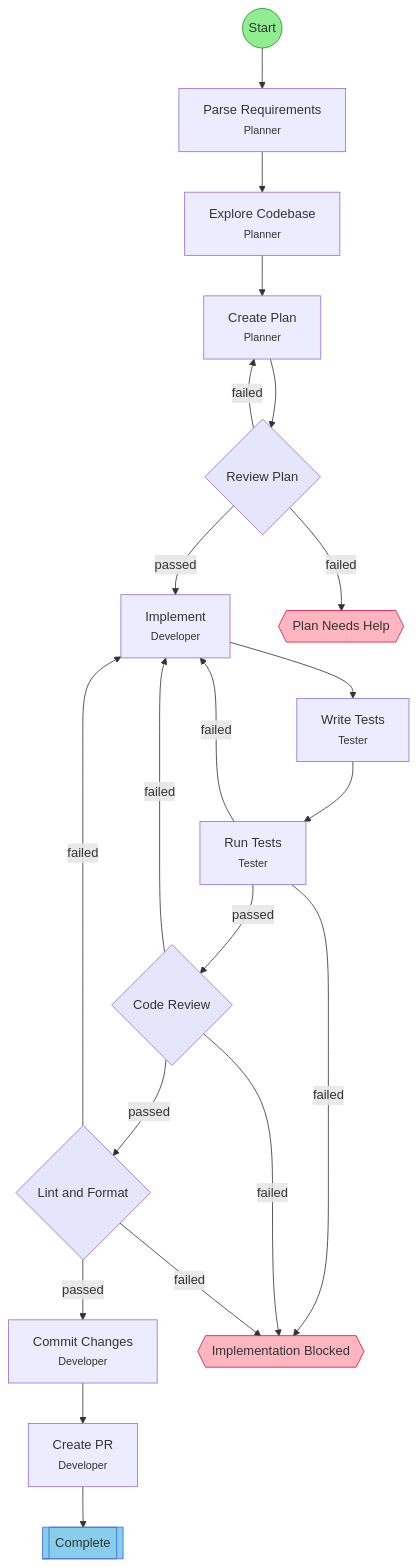
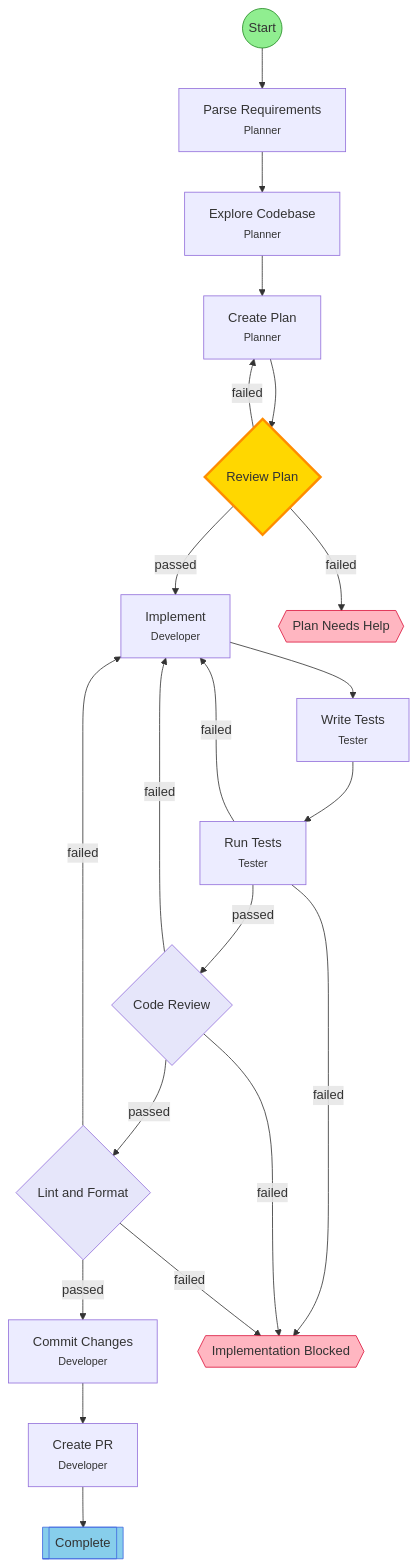
Before and after one commit to leclabs/agent-toolkit: the diagram in .flow/diagrams/feature-development.md, drawn with Mermaid. The commit also changed other lines of this file and 12 other files, not shown here.

````diff
--- a/.flow/diagrams/feature-development.md
+++ b/.flow/diagrams/feature-development.md
@@ -7,49 +7,50 @@
 ```mermaid
 flowchart TD
     start(("Start"))
     parse_requirements["Parse Requirements<br/><small>Planner</small>"]
     explore_codebase["Explore Codebase<br/><small>Planner</small>"]
     create_plan["Create Plan<br/><small>Planner</small>"]
     plan_review{"Review Plan"}
     implement["Implement<br/><small>Developer</small>"]
     write_tests["Write Tests<br/><small>Tester</small>"]
     run_tests["Run Tests<br/><small>Tester</small>"]
     code_review{"Code Review"}
     lint_format{"Lint and Format"}
     commit["Commit Changes<br/><small>Developer</small>"]
     create_pr["Create PR<br/><small>Developer</small>"]
     end_success[["Complete"]]
     hitl_plan_failed{{"Plan Needs Help"}}
     hitl_impl_failed{{"Implementation Blocked"}}
 
     start --> parse_requirements
     parse_requirements --> explore_codebase
     explore_codebase --> create_plan
     create_plan --> plan_review
     plan_review -->|failed| create_plan
     plan_review -->|failed| hitl_plan_failed
     plan_review -->|passed| implement
     implement --> write_tests
     write_tests --> run_tests
     run_tests -->|failed| implement
     run_tests -->|failed| hitl_impl_failed
     run_tests -->|passed| code_review
     code_review -->|failed| implement
     code_review -->|failed| hitl_impl_failed
     code_review -->|passed| lint_format
     lint_format -->|passed| commit
     lint_format -->|failed| implement
     lint_format -->|failed| hitl_impl_failed
     commit --> create_pr
     create_pr --> end_success
 
     classDef startStep fill:#90EE90,stroke:#228B22
     classDef successStep fill:#87CEEB,stroke:#4169E1
     classDef hitlStep fill:#FFB6C1,stroke:#DC143C
     classDef gateStep fill:#E6E6FA,stroke:#9370DB
     classDef currentStep fill:#FFD700,stroke:#FF8C00,stroke-width:3px
     class start startStep
     class end_success successStep
     class hitl_plan_failed,hitl_impl_failed hitlStep
     class plan_review,code_review,lint_format gateStep
+    class plan_review currentStep
 ```
````
